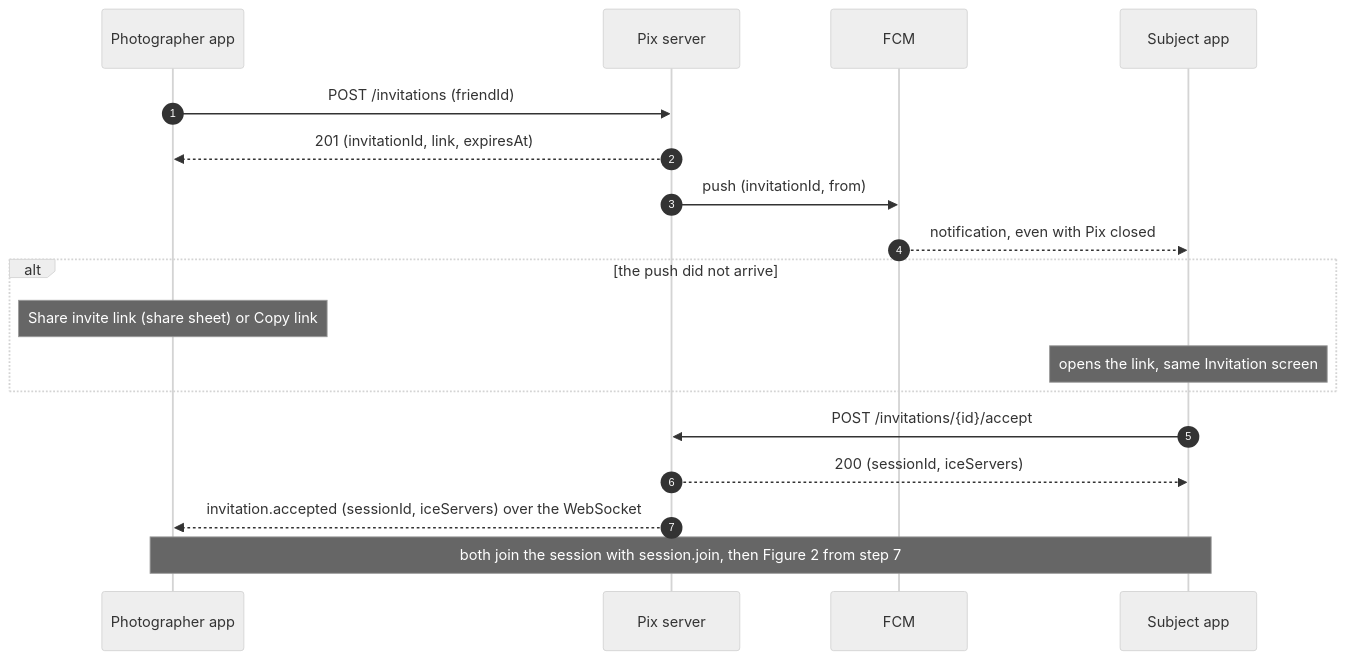
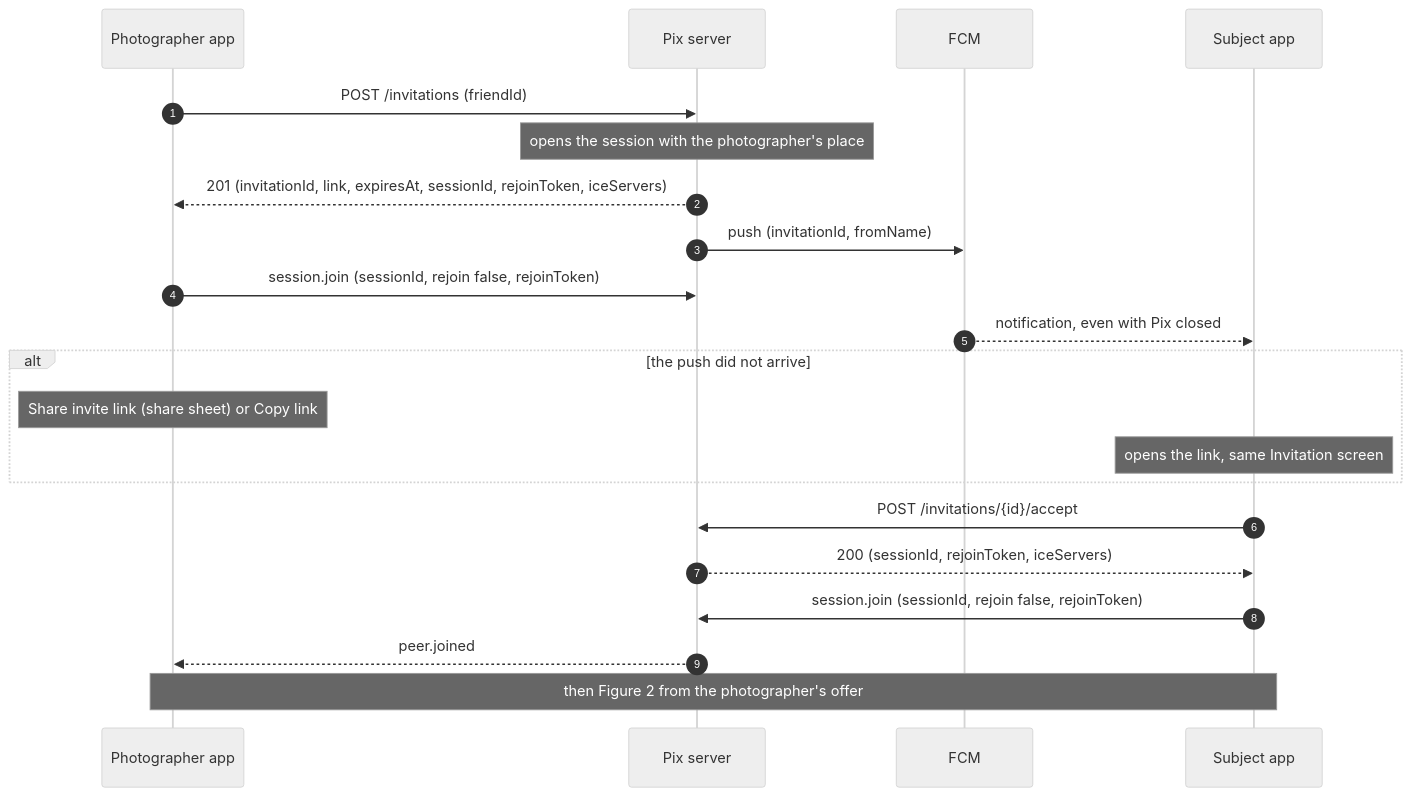
The third of 12 diagrams in wiki/Design-Documentation.md (snuhcs-course/swpp-2026-project-team-10), drawn with Mermaid (neutral theme) before and after one commit. The commit also changed other lines of this file and 24 other files, not shown here.

````diff
--- a/wiki/Design-Documentation.md
+++ b/wiki/Design-Documentation.md
@@ -180,20 +180,23 @@
 ```mermaid
 sequenceDiagram
   autonumber
   participant P as Photographer app
   participant SV as Pix server
   participant F as FCM
   participant S as Subject app
   P->>SV: POST /invitations (friendId)
-  SV-->>P: 201 (invitationId, link, expiresAt)
-  SV->>F: push (invitationId, from)
+  Note over SV: opens the session with the photographer's place
+  SV-->>P: 201 (invitationId, link, expiresAt, sessionId, rejoinToken, iceServers)
+  SV->>F: push (invitationId, fromName)
+  P->>SV: session.join (sessionId, rejoin false, rejoinToken)
   F-->>S: notification, even with Pix closed
   alt the push did not arrive
     Note over P: Share invite link (share sheet) or Copy link
     Note over S: opens the link, same Invitation screen
   end
   S->>SV: POST /invitations/{id}/accept
-  SV-->>S: 200 (sessionId, iceServers)
-  SV-->>P: invitation.accepted (sessionId, iceServers) over the WebSocket
-  Note over P,S: both join the session with session.join, then Figure 2 from step 7
+  SV-->>S: 200 (sessionId, rejoinToken, iceServers)
+  S->>SV: session.join (sessionId, rejoin false, rejoinToken)
+  SV-->>P: peer.joined
+  Note over P,S: then Figure 2 from the photographer's offer
 ```
````
